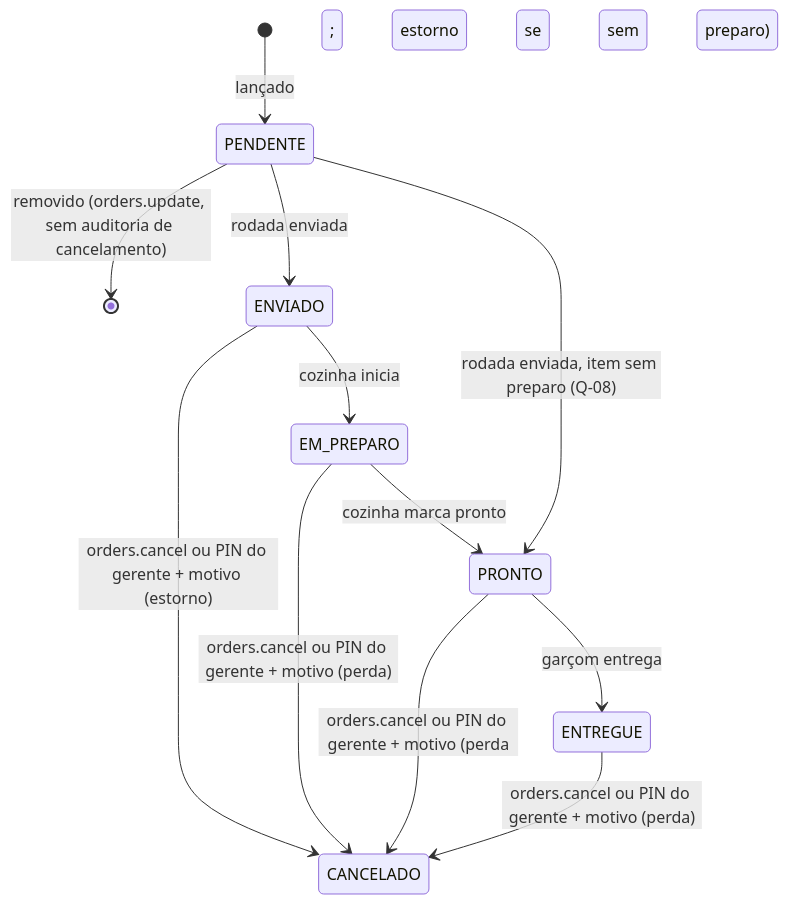
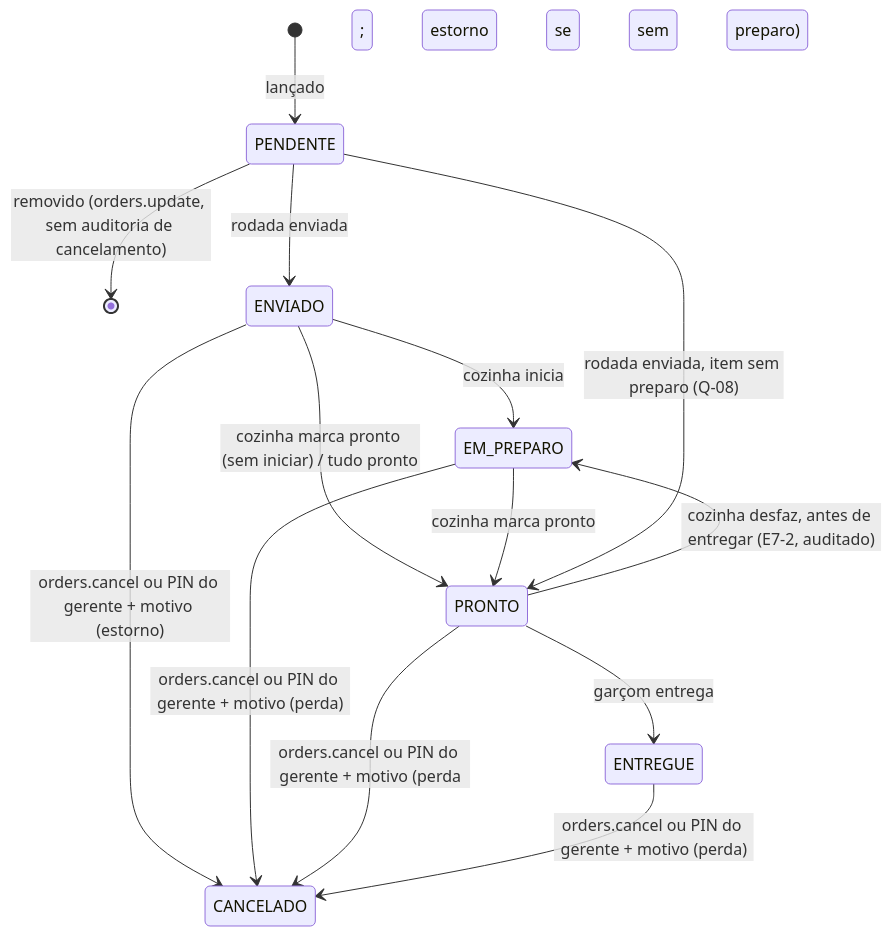
The third of 6 diagrams in maps/flows/estados.md (marlonerick/erp-mesa-restaurante), drawn with Mermaid before and after one commit. The commit also changed other lines of this file and 73 other files, not shown here.

````diff
--- a/maps/flows/estados.md
+++ b/maps/flows/estados.md
@@ -40,14 +40,16 @@
 ```mermaid
 stateDiagram-v2
   [*] --> PENDENTE: lançado
   PENDENTE --> [*]: removido (orders.update, sem auditoria de cancelamento)
   PENDENTE --> ENVIADO: rodada enviada
   ENVIADO --> EM_PREPARO: cozinha inicia
+  ENVIADO --> PRONTO: cozinha marca pronto (sem iniciar) / tudo pronto
   EM_PREPARO --> PRONTO: cozinha marca pronto
+  PRONTO --> EM_PREPARO: cozinha desfaz, antes de entregar (E7-2, auditado)
   PRONTO --> ENTREGUE: garçom entrega
   PENDENTE --> PRONTO: rodada enviada, item sem preparo (Q-08)
   ENVIADO --> CANCELADO: orders.cancel ou PIN do gerente + motivo (estorno)
   EM_PREPARO --> CANCELADO: orders.cancel ou PIN do gerente + motivo (perda)
   PRONTO --> CANCELADO: orders.cancel ou PIN do gerente + motivo (perda; estorno se sem preparo)
   ENTREGUE --> CANCELADO: orders.cancel ou PIN do gerente + motivo (perda)
 ```
````
